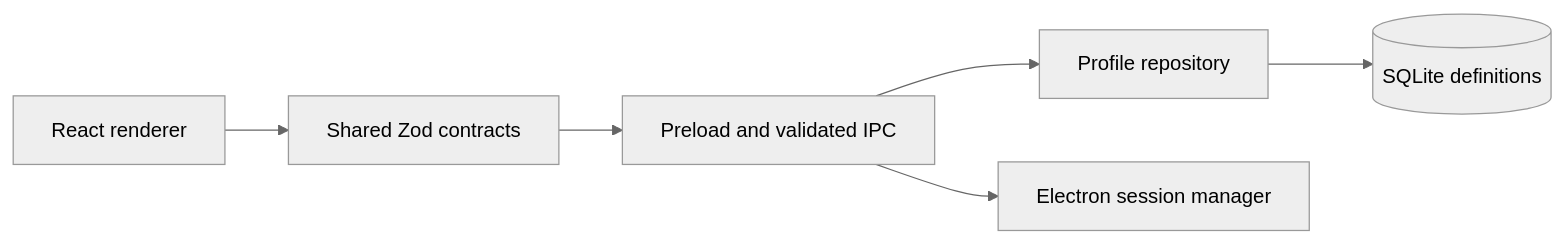
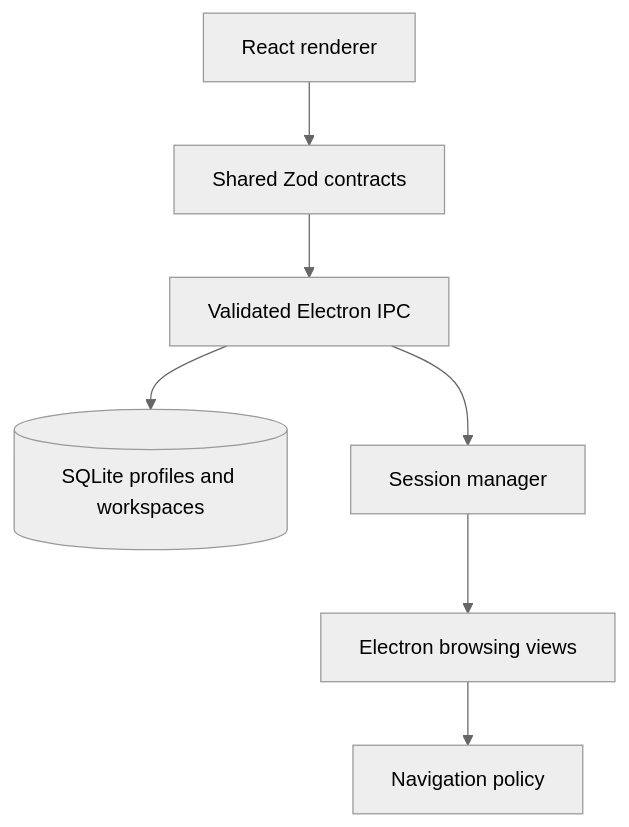
Before and after one commit to qquante/persistent-web-workspaces: the diagram in README.md, drawn with Mermaid (neutral theme). The commit also changed other lines of this file, not shown here.

Commit message:
docs: explain persistent web workspaces with project-specific usage

````diff
--- a/README.md
+++ b/README.md
@@ -26,8 +11,9 @@
 ```mermaid
-flowchart LR
-  A[React renderer] --> B[Shared Zod contracts]
-  B --> C[Preload and validated IPC]
-  C --> D[Profile repository]
-  D --> E[(SQLite definitions)]
-  C --> F[Electron session manager]
+flowchart TD
+  UI[React renderer] --> Contract[Shared Zod contracts]
+  Contract --> IPC[Validated Electron IPC]
+  IPC --> Repository[(SQLite profiles and workspaces)]
+  IPC --> Sessions[Session manager]
+  Sessions --> Views[Electron browsing views]
+  Views --> Policy[Navigation policy]
 ```
````
